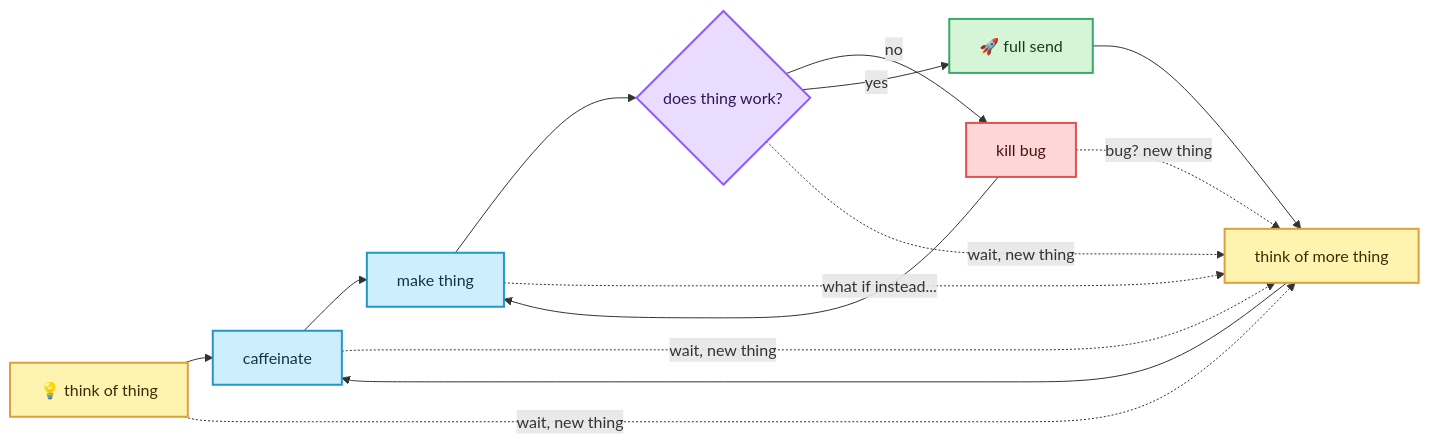
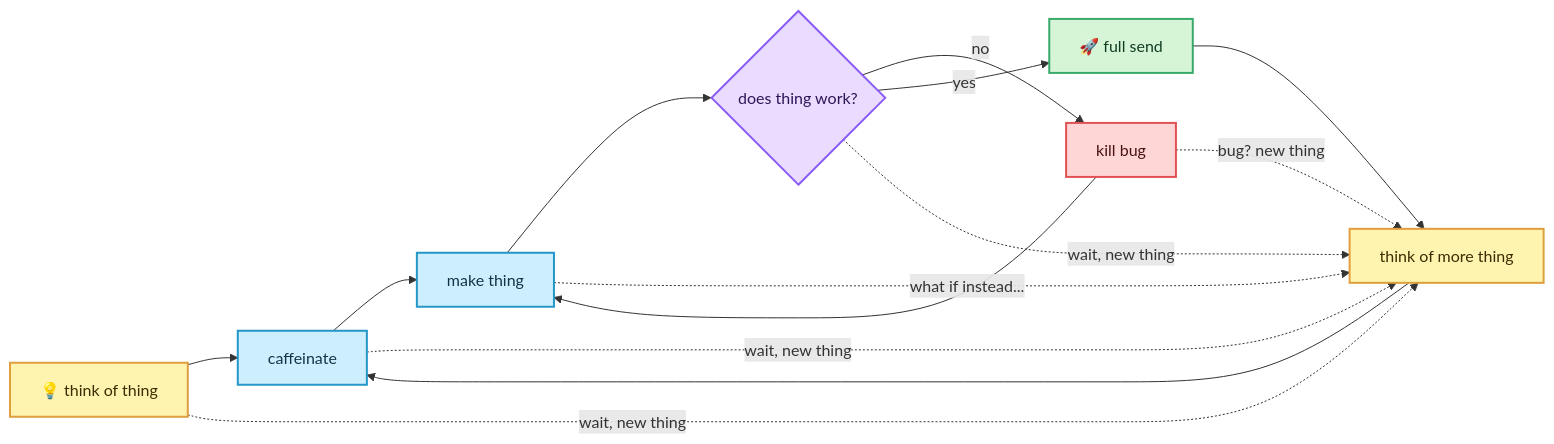
Before and after one commit to magic-mikey/magic-mikey: the diagram in README.md, drawn with Mermaid.

Commit message:
more chart layout

````diff
--- a/README.md
+++ b/README.md
@@ -3,29 +3,28 @@
 ```mermaid
-%%{init: {"flowchart": {"rankSpacing": 25}}}%%
 flowchart LR
     A[💡 think of thing] --> B[caffeinate]
     B --> C[make thing]
     C --> D{does thing work?}
     D -- "no" --> E[kill bug]
     E --> C
     D -- "yes" --> F[🚀 full send]
     F --> G[think of more thing]
     G --> B
     A -. "wait, new thing" .-> G
     B -. "wait, new thing" .-> G
     C -. "what if instead..." .-> G
     D -. "wait, new thing" .-> G
     E -. "bug? new thing" .-> G
 
     classDef idea fill:#fff3b0,stroke:#e09f3e,color:#3d2c00,stroke-width:2px
     classDef build fill:#cdeffd,stroke:#2496c8,color:#123447,stroke-width:2px
     classDef question fill:#eadcff,stroke:#8b5cf6,color:#2e1657,stroke-width:2px
     classDef bug fill:#ffd6d6,stroke:#e05252,color:#4a1111,stroke-width:2px
     classDef ship fill:#d6f5d6,stroke:#39a96b,color:#123d25,stroke-width:2px
 
     class A,G idea
     class B,C build
     class D question
     class E bug
     class F ship
 ```
````
